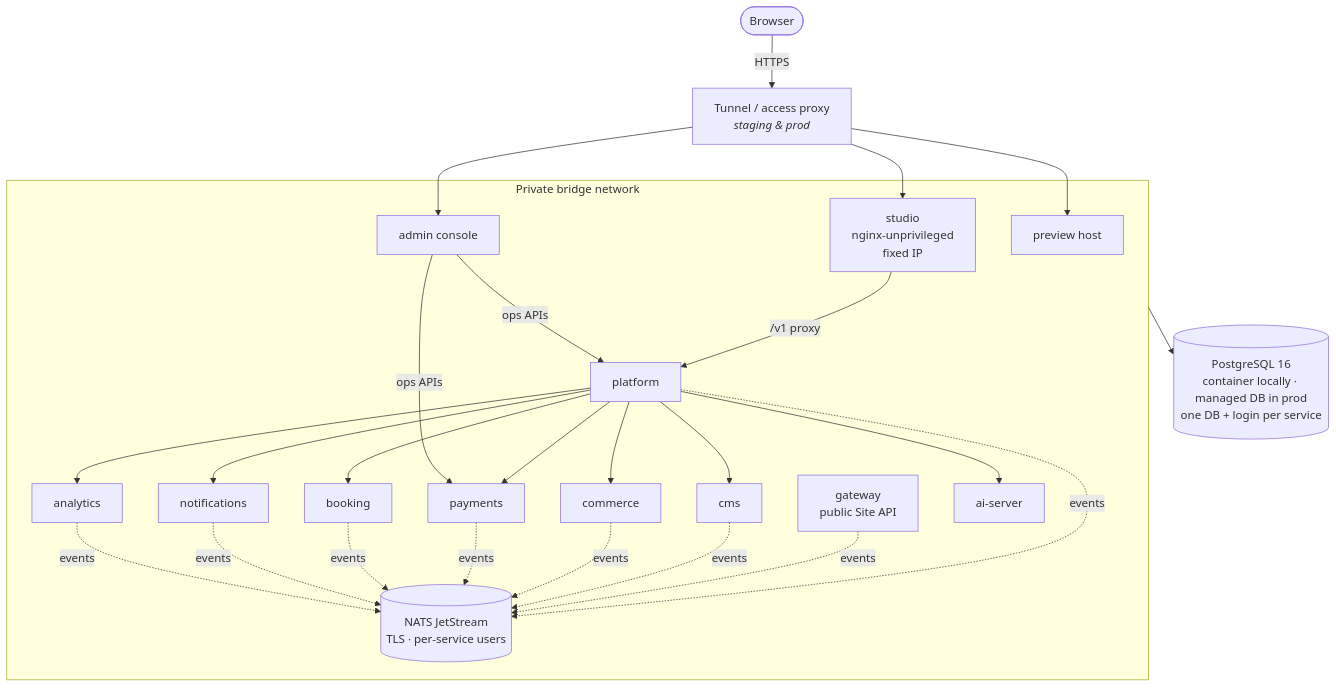
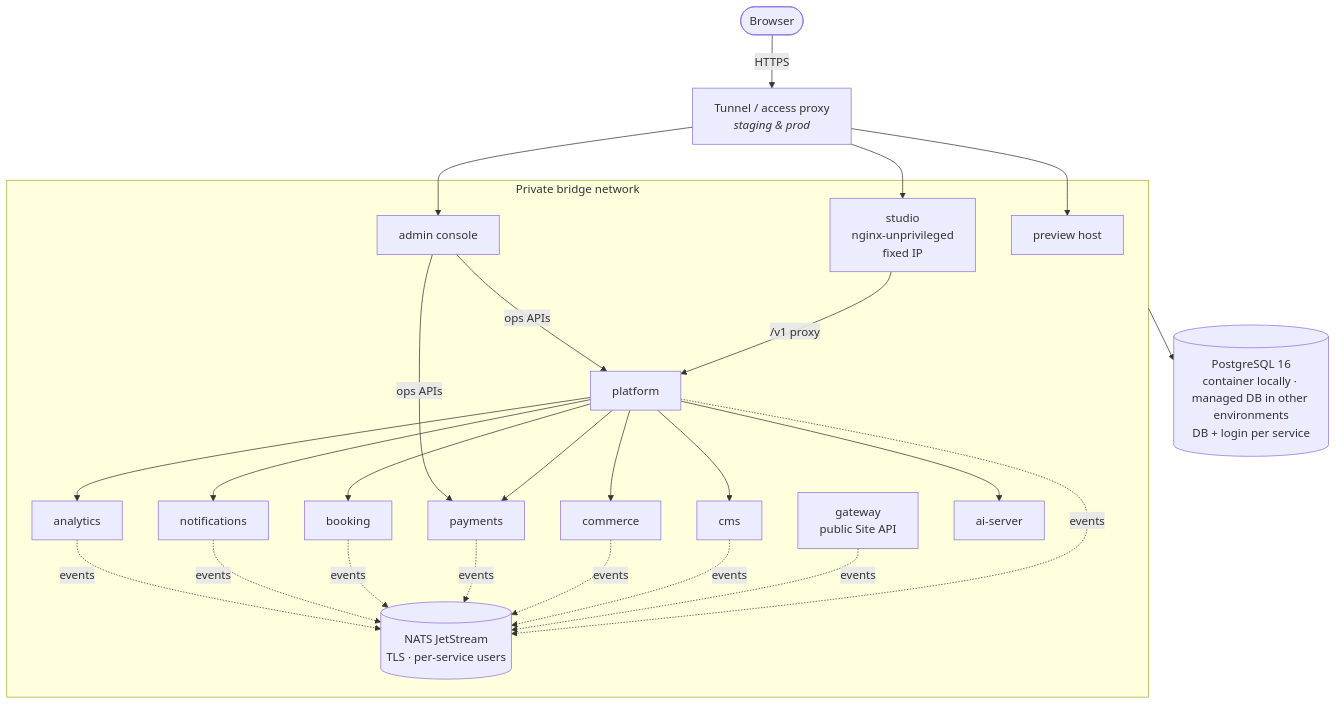
The diagram in README.md (OpsandOrchids/Docker-Docker-compose-stack), drawn with Mermaid before and after one commit. The commit also changed other lines of this file, not shown here.

Commit message:
Revise PostgreSQL environment description and links

````diff
--- a/README.md
+++ b/README.md
@@ -32,25 +32,25 @@
 ```mermaid
 flowchart TB
     user([Browser]) -->|HTTPS| cf[Tunnel / access proxy<br/><i>staging & prod</i>]
     cf --> studio
     cf --> admin
     cf --> preview
 
     subgraph net [Private bridge network]
         studio[studio<br/>nginx-unprivileged<br/>fixed IP] -->|/v1 proxy| platform
         gateway[gateway<br/>public Site API]
         platform[platform]
         admin[admin console]
         preview[preview host]
 
         platform --> cms & commerce & booking & payments & notifications & analytics
         platform --> ai[ai-server]
         admin -->|ops APIs| platform & payments
 
         nats[(NATS JetStream<br/>TLS · per-service users)]
         platform & gateway & cms & commerce & payments & booking & notifications & analytics -.events.-> nats
     end
 
-    pg[(PostgreSQL 16<br/>container locally · managed DB in prod<br/>one DB + login per service)]
+    pg[(PostgreSQL 16<br/>container locally · managed DB in other environments<br/>DB + login per service)]
     net --> pg
 ```
````
